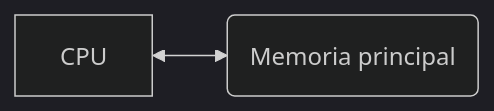
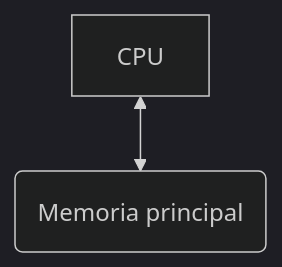
Before and after one commit to acaldero/uc3m_sd: the first of 5 diagrams in transparencias/ssdd_sfd.md, drawn with Mermaid (dark theme). The commit also changed other lines of this file, not shown here.

````diff
--- a/transparencias/ssdd_sfd.md
+++ b/transparencias/ssdd_sfd.md
@@ -23,4 +23,4 @@
   ```mermaid
-  flowchart LR
+  flowchart TD
   A[CPU] <--> B(Memoria principal)
   ```
````
